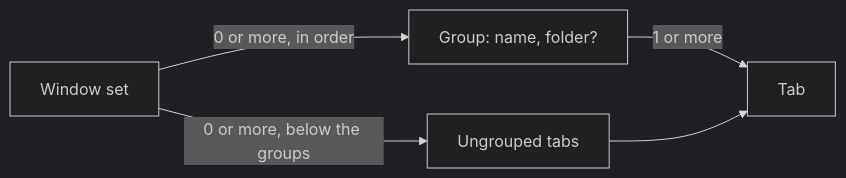
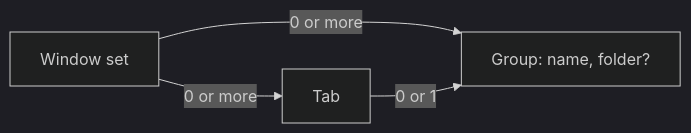
One commit to daniil4545/tarn changed the diagram in docs/specs/workspace-folder.md. Above: the diagram before and after it, drawn with Mermaid (dark theme). The commit also changed other lines of this file, not shown here.

Commit message:
docs(workspaces): explicit membership model for tab groups, Ghostty alone orders tabs

````diff
--- a/docs/specs/workspace-folder.md
+++ b/docs/specs/workspace-folder.md
@@ -30,7 +26,6 @@
 ```mermaid
 flowchart LR
-  win["Window set"] -->|"0 or more, in order"| grp["Group: name, folder?"]
-  win -->|"0 or more, below the groups"| loose["Ungrouped tabs"]
-  grp -->|"1 or more"| tab["Tab"]
-  loose --> tab
+  win["Window set"] -->|"0 or more"| grp["Group: name, folder?"]
+  win -->|"0 or more"| tab["Tab"]
+  tab -->|"0 or 1"| grp
 ```
````
